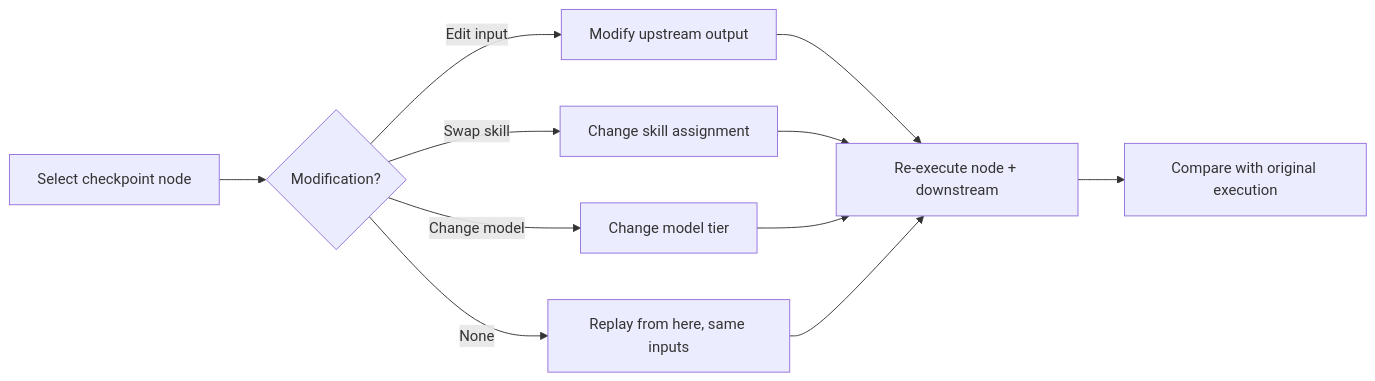
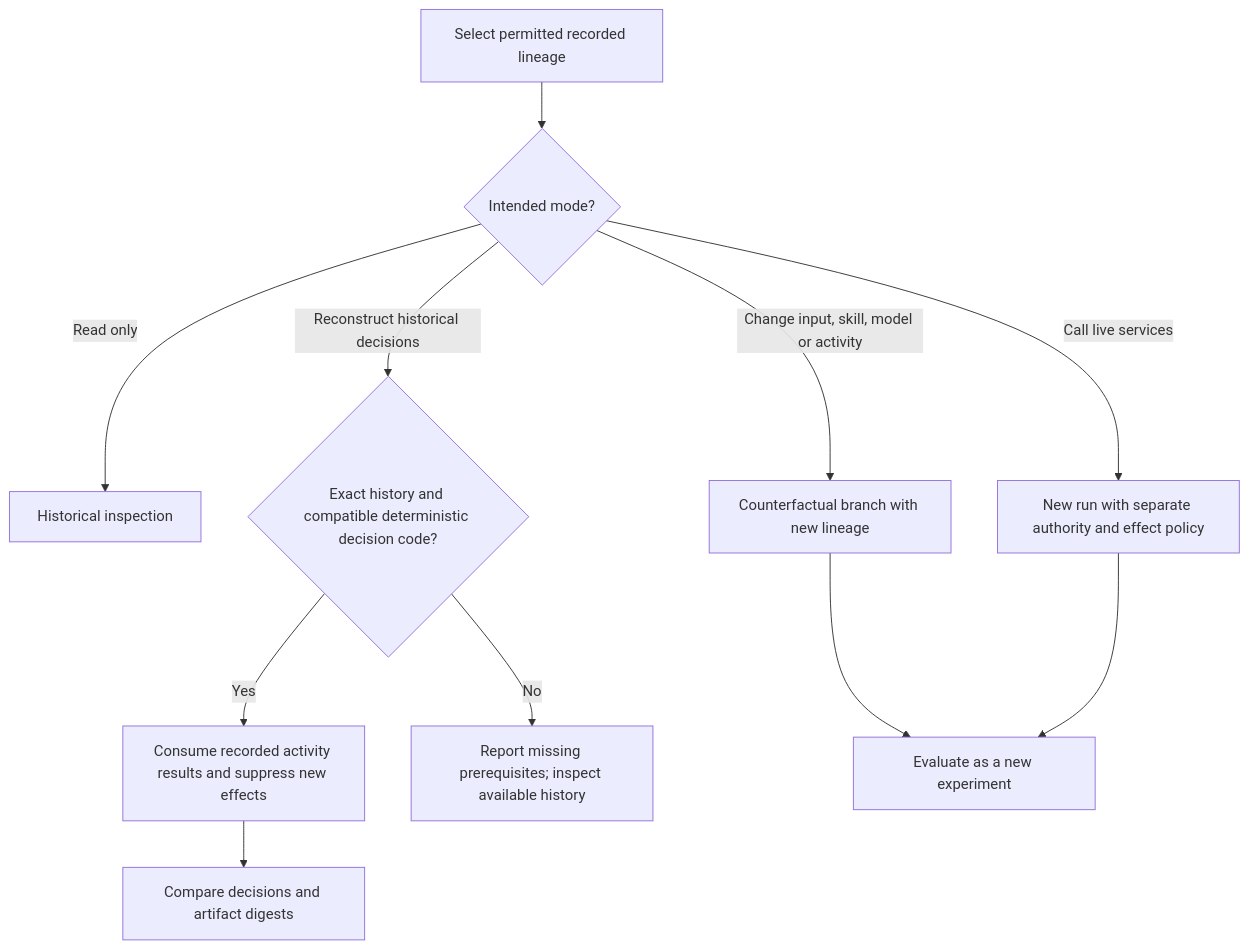
Before and after one commit to curiositech/port-daddy: the second of 4 diagrams in skills/dag-replay-debugger/SKILL.md, drawn with Mermaid. The commit also changed other lines of this file and 1782 other files, not shown here.

````diff
--- a/skills/dag-replay-debugger/SKILL.md
+++ b/skills/dag-replay-debugger/SKILL.md
@@ -79,13 +70,13 @@
 ```mermaid
-flowchart LR
-  A[Select checkpoint node] --> B{Modification?}
-  B -->|None| C[Replay from here, same inputs]
-  B -->|Edit input| D[Modify upstream output]
-  B -->|Swap skill| E[Change skill assignment]
-  B -->|Change model| F[Change model tier]
-  D --> G[Re-execute node + downstream]
-  E --> G
-  F --> G
-  C --> G
-  G --> H[Compare with original execution]
+flowchart TD
+  A[Select permitted recorded lineage] --> M{Intended mode?}
+  M -->|Read only| I[Historical inspection]
+  M -->|Reconstruct historical decisions| B{Exact history and compatible deterministic decision code?}
+  B -->|Yes| C[Consume recorded activity results and suppress new effects]
+  B -->|No| F[Report missing prerequisites; inspect available history]
+  M -->|Change input, skill, model or activity| E[Counterfactual branch with new lineage]
+  M -->|Call live services| L[New run with separate authority and effect policy]
+  C --> G[Compare decisions and artifact digests]
+  E --> H[Evaluate as a new experiment]
+  L --> H
 ```
````
